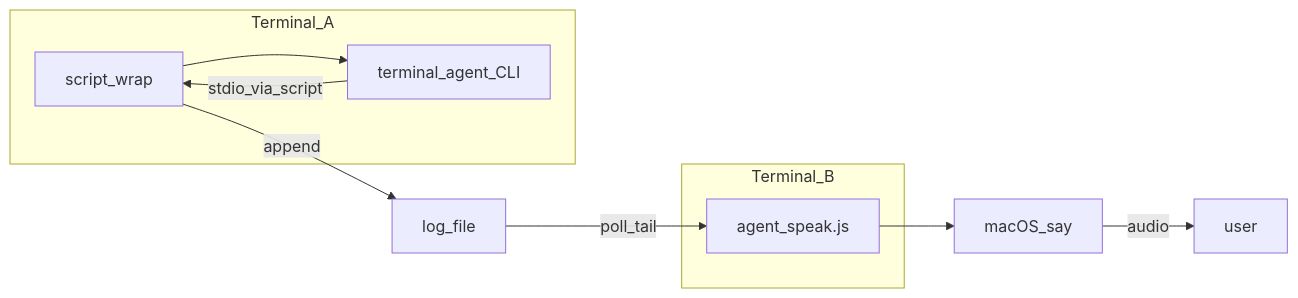
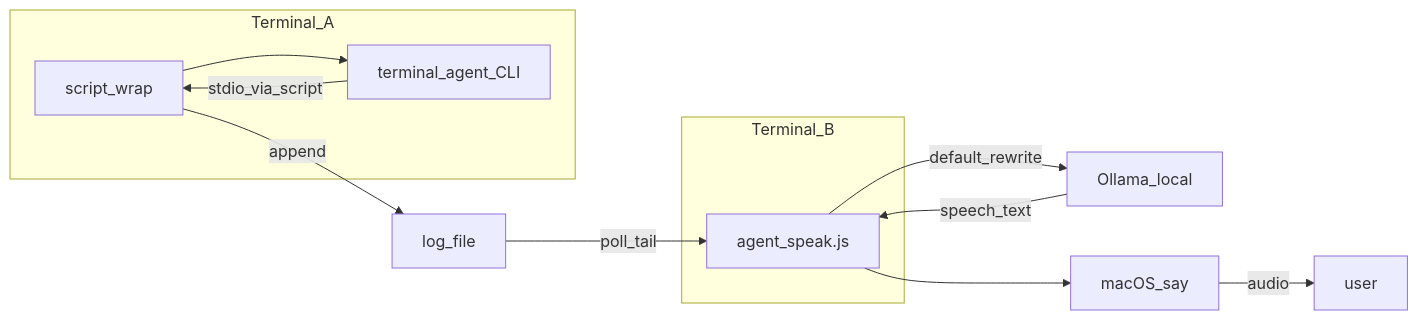
Before and after one commit to tomk79/agent-speaker: the diagram in docs/requirements/index.md, drawn with Mermaid. The commit also changed other lines of this file and 9 other files, not shown here.

````diff
--- a/docs/requirements/index.md
+++ b/docs/requirements/index.md
@@ -58,20 +61,23 @@
 ```mermaid
 flowchart LR
   subgraph termA [Terminal_A]
     Wrap["script_wrap"]
     Agent["terminal_agent_CLI"]
     Wrap --> Agent
   end
   Log["log_file"]
   subgraph termB [Terminal_B]
     SpeakJS["agent_speak.js"]
   end
+  Ollama["Ollama_local"]
   SayCmd["macOS_say"]
   User["user"]
 
   Agent -->|stdio_via_script| Wrap
   Wrap -->|append| Log
   Log -->|poll_tail| SpeakJS
+  SpeakJS -->|default_rewrite| Ollama
+  Ollama -->|speech_text| SpeakJS
   SpeakJS --> SayCmd
   SayCmd -->|audio| User
 ```
````
